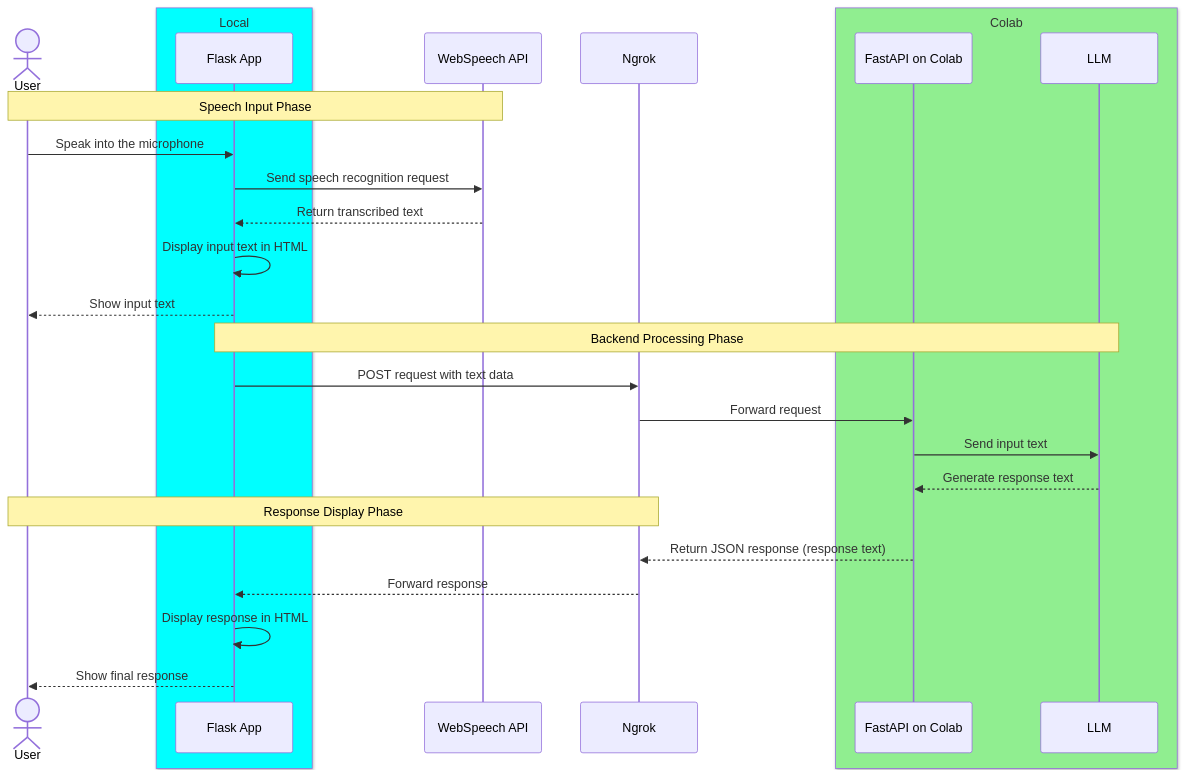
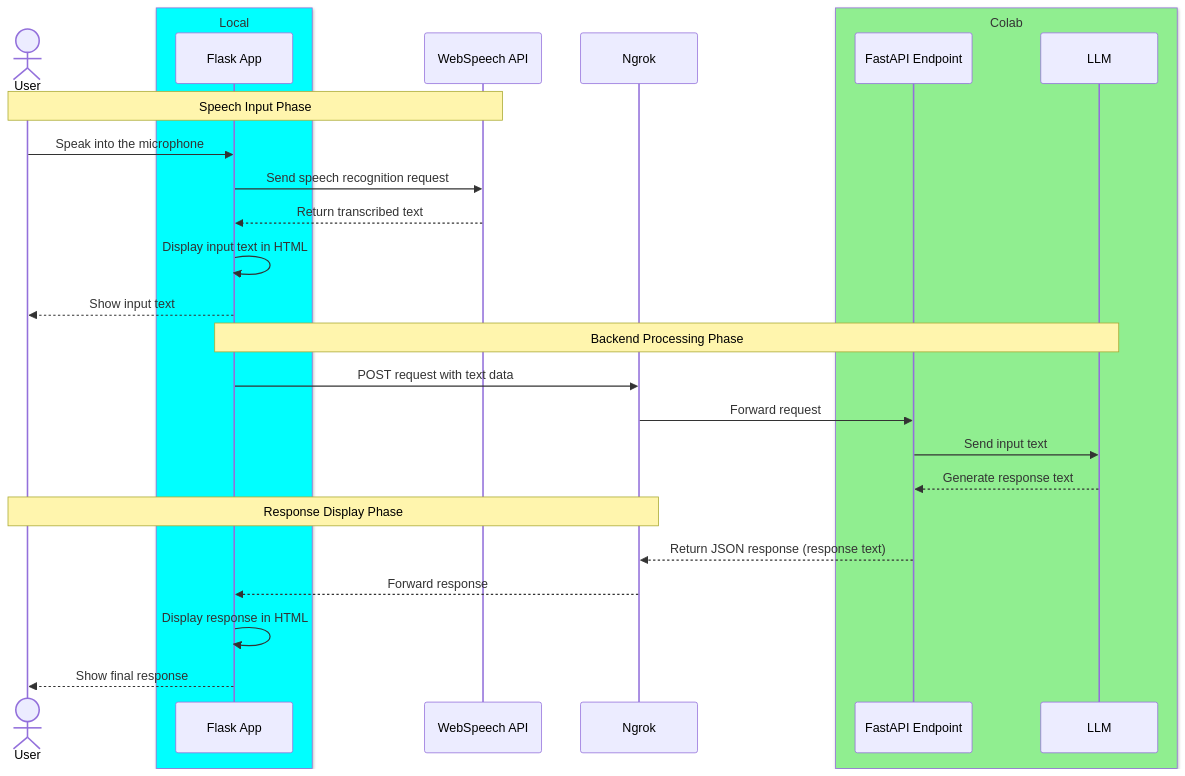
The diagram in README.md (kenta-hirahara/Speech-Recognition), drawn with Mermaid before and after one commit.

````diff
--- a/README.md
+++ b/README.md
@@ -18,32 +18,32 @@
 ```mermaid
 sequenceDiagram
     actor User
     box cyan Local
     participant Flask as Flask App
     end
     participant WebSpeech as WebSpeech API
     participant Ngrok as Ngrok
     box lightgreen Colab
-    participant FastAPI as FastAPI on Colab
+    participant FastAPI as FastAPI Endpoint
     participant LLM as LLM
     end
 
     Note over User,WebSpeech: Speech Input Phase
     User->>Flask: Speak into the microphone
     Flask->>WebSpeech: Send speech recognition request
     WebSpeech-->>Flask: Return transcribed text
     Flask->>Flask: Display input text in HTML
     Flask-->>User: Show input text
 
     Note over Flask,LLM: Backend Processing Phase
     Flask->>Ngrok: POST request with text data
     Ngrok->>FastAPI: Forward request
     FastAPI->>LLM: Send input text
     LLM-->>FastAPI: Generate response text
 
     Note over Ngrok,User: Response Display Phase
     FastAPI-->>Ngrok: Return JSON response (response text)
     Ngrok-->>Flask: Forward response
     Flask->>Flask: Display response in HTML
     Flask-->>User: Show final response
 ```
````
